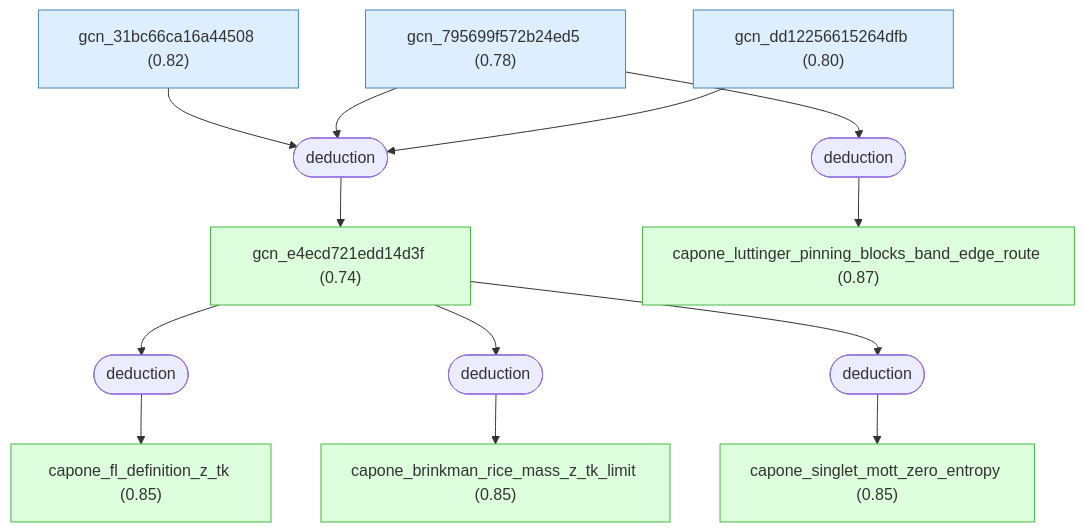
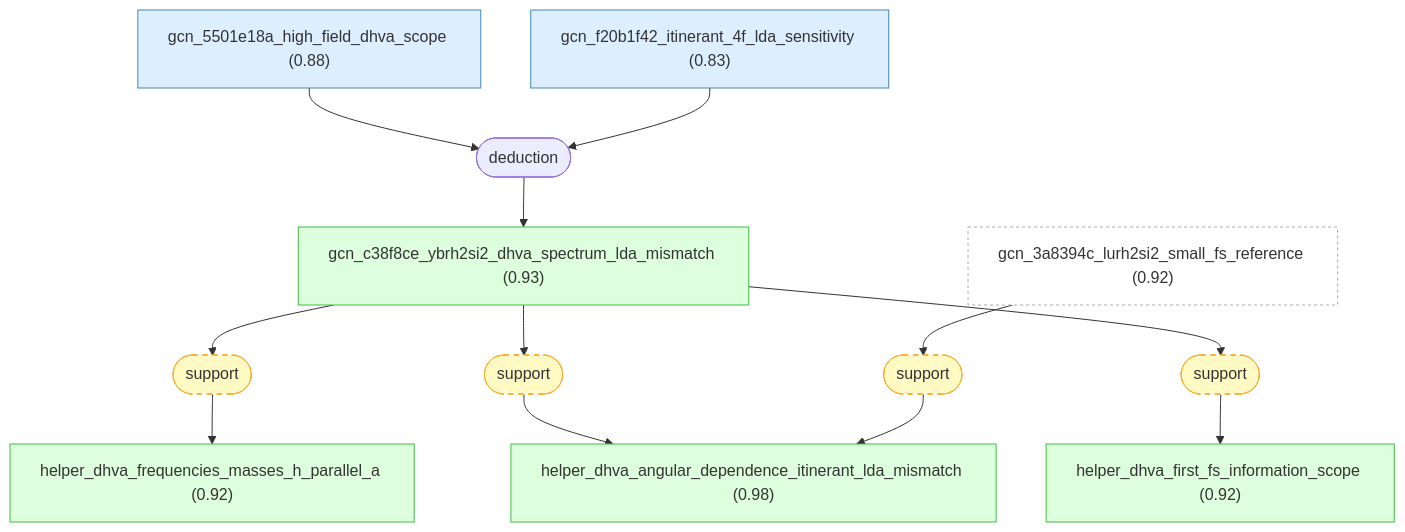
One commit to Callo42/fermi-liquid-effective-mass-gaia changed the fourth of 13 diagrams in docs/detailed-reasoning.md. Above: the diagram before and after it, drawn with Mermaid. The commit also changed other lines of this file and 53 other files, not shown here.

First line of the commit message:
Regenerate Fermi graph from connected root

````diff
--- a/docs/detailed-reasoning.md
+++ b/docs/detailed-reasoning.md
@@ -673,38 +560,36 @@
 ```mermaid
 graph TD
-    gcn_31bc66ca16a44508["gcn_31bc66ca16a44508 (0.82)"]:::premise
-    gcn_795699f572b24ed5["gcn_795699f572b24ed5 (0.78)"]:::premise
-    gcn_dd12256615264dfb["gcn_dd12256615264dfb (0.80)"]:::premise
-    gcn_e4ecd721edd14d3f["gcn_e4ecd721edd14d3f (0.74)"]:::derived
-    capone_fl_definition_z_tk["capone_fl_definition_z_tk (0.85)"]:::derived
-    capone_brinkman_rice_mass_z_tk_limit["capone_brinkman_rice_mass_z_tk_limit (0.85)"]:::derived
-    capone_singlet_mott_zero_entropy["capone_singlet_mott_zero_entropy (0.85)"]:::derived
-    capone_luttinger_pinning_blocks_band_edge_route["capone_luttinger_pinning_blocks_band_edge_route (0.87)"]:::derived
-    strat_8(["deduction"])
-    gcn_31bc66ca16a44508 --> strat_8
-    gcn_795699f572b24ed5 --> strat_8
-    gcn_dd12256615264dfb --> strat_8
-    strat_8 --> gcn_e4ecd721edd14d3f
-    strat_9(["deduction"])
-    gcn_e4ecd721edd14d3f --> strat_9
-    strat_9 --> capone_fl_definition_z_tk
-    strat_10(["deduction"])
-    gcn_e4ecd721edd14d3f --> strat_10
-    strat_10 --> capone_brinkman_rice_mass_z_tk_limit
-    strat_11(["deduction"])
-    gcn_e4ecd721edd14d3f --> strat_11
-    strat_11 --> capone_singlet_mott_zero_entropy
-    strat_12(["deduction"])
-    gcn_795699f572b24ed5 --> strat_12
-    strat_12 --> capone_luttinger_pinning_blocks_band_edge_route
+    gcn_5501e18a_high_field_dhva_scope["gcn_5501e18a_high_field_dhva_scope (0.88)"]:::premise
+    gcn_f20b1f42_itinerant_4f_lda_sensitivity["gcn_f20b1f42_itinerant_4f_lda_sensitivity (0.83)"]:::premise
+    gcn_c38f8ce_ybrh2si2_dhva_spectrum_lda_mismatch["gcn_c38f8ce_ybrh2si2_dhva_spectrum_lda_mismatch (0.93)"]:::derived
+    helper_dhva_frequencies_masses_h_parallel_a["helper_dhva_frequencies_masses_h_parallel_a (0.92)"]:::derived
+    helper_dhva_angular_dependence_itinerant_lda_mismatch["helper_dhva_angular_dependence_itinerant_lda_mismatch (0.98)"]:::derived
+    helper_dhva_first_fs_information_scope["helper_dhva_first_fs_information_scope (0.92)"]:::derived
+    gcn_3a8394c_lurh2si2_small_fs_reference["gcn_3a8394c_lurh2si2_small_fs_reference (0.92)"]:::external
+    strat_6(["deduction"])
+    gcn_5501e18a_high_field_dhva_scope --> strat_6
+    gcn_f20b1f42_itinerant_4f_lda_sensitivity --> strat_6
+    strat_6 --> gcn_c38f8ce_ybrh2si2_dhva_spectrum_lda_mismatch
+    strat_7(["support"]):::weak
+    gcn_c38f8ce_ybrh2si2_dhva_spectrum_lda_mismatch --> strat_7
+    strat_7 --> helper_dhva_frequencies_masses_h_parallel_a
+    strat_8(["support"]):::weak
+    gcn_c38f8ce_ybrh2si2_dhva_spectrum_lda_mismatch --> strat_8
+    strat_8 --> helper_dhva_angular_dependence_itinerant_lda_mismatch
+    strat_9(["support"]):::weak
+    gcn_c38f8ce_ybrh2si2_dhva_spectrum_lda_mismatch --> strat_9
+    strat_9 --> helper_dhva_first_fs_information_scope
+    strat_21(["support"]):::weak
+    gcn_3a8394c_lurh2si2_small_fs_reference --> strat_21
+    strat_21 --> helper_dhva_angular_dependence_itinerant_lda_mismatch
 
     classDef setting fill:#f0f0f0,stroke:#999,color:#333
     classDef premise fill:#ddeeff,stroke:#4488bb,color:#333
     classDef derived fill:#ddffdd,stroke:#44bb44,color:#333
     classDef question fill:#fff3dd,stroke:#cc9944,color:#333
     classDef background fill:#f5f5f5,stroke:#bbb,stroke-dasharray: 5 5,color:#333
     classDef orphan fill:#fff,stroke:#ccc,stroke-dasharray: 5 5,color:#333
     classDef external fill:#fff,stroke:#aaa,stroke-dasharray: 3 3,color:#333
     classDef weak fill:#fff9c4,stroke:#f9a825,stroke-dasharray: 5 5,color:#333
     classDef contra fill:#ffebee,stroke:#c62828,color:#333
 ```
````
